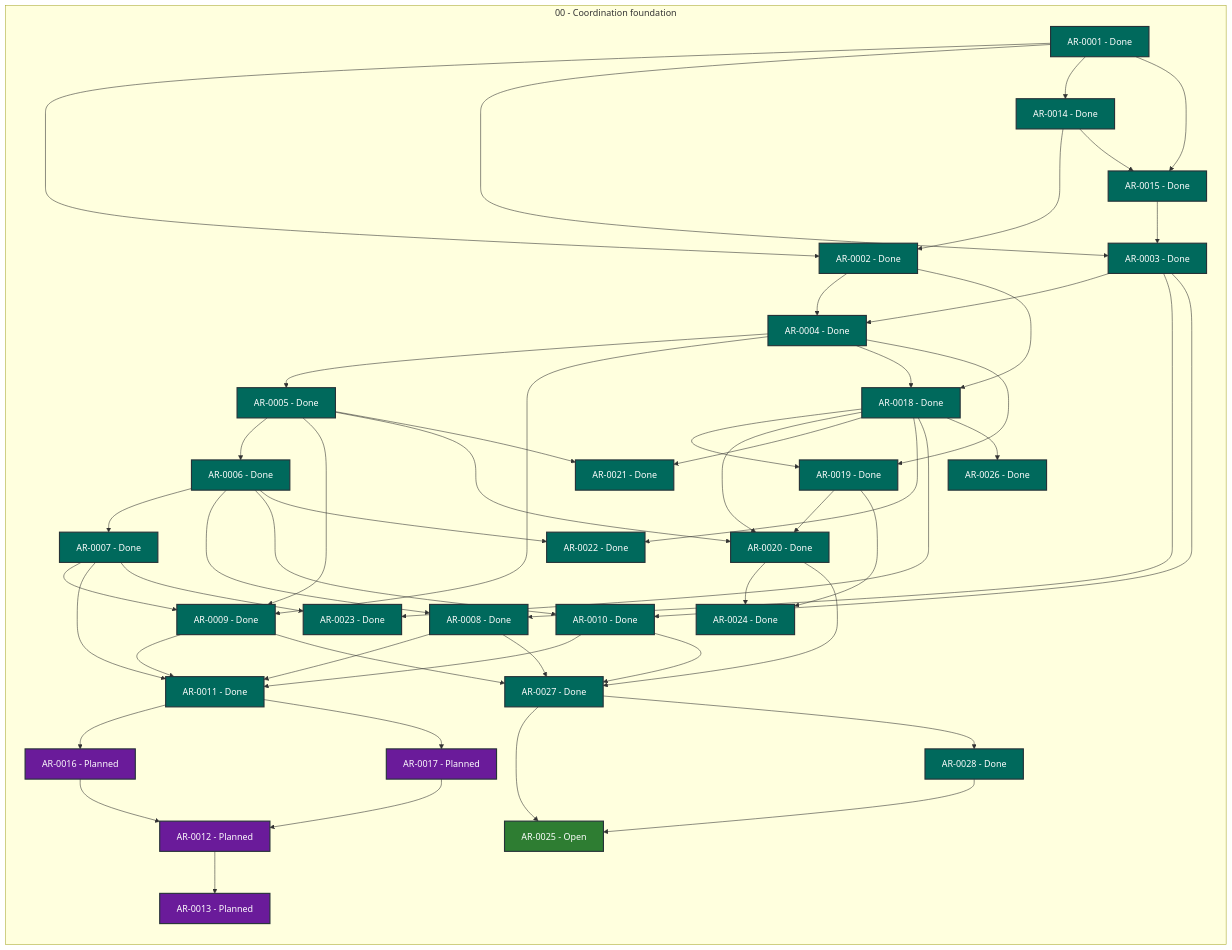
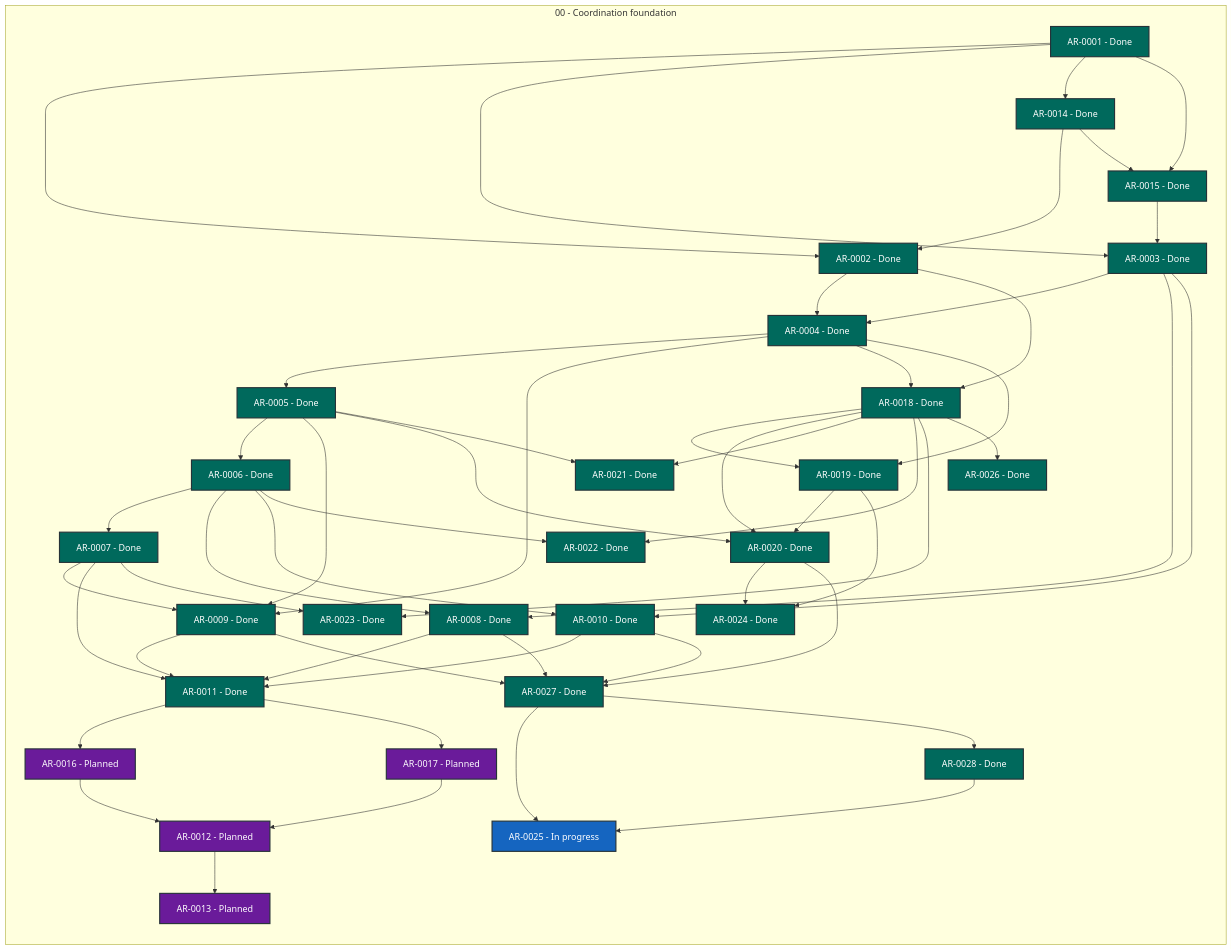
One commit to martin-beck/agent-workflow-tui-state changed the diagram in STATUS.md. Above: the diagram before and after it, drawn with Mermaid. The commit also changed other lines of this file and 2 other files, not shown here.

```diff
--- a/STATUS.md
+++ b/STATUS.md
@@ -52,7 +52,7 @@
         AR_0022["AR-0022 - Done"]:::status_done
         AR_0023["AR-0023 - Done"]:::status_done
         AR_0024["AR-0024 - Done"]:::status_done
-        AR_0025["AR-0025 - Open"]:::status_open
+        AR_0025["AR-0025 - In progress"]:::status_in_progress
         AR_0026["AR-0026 - Done"]:::status_done
         AR_0027["AR-0027 - Done"]:::status_done
         AR_0028["AR-0028 - Done"]:::status_done
```
